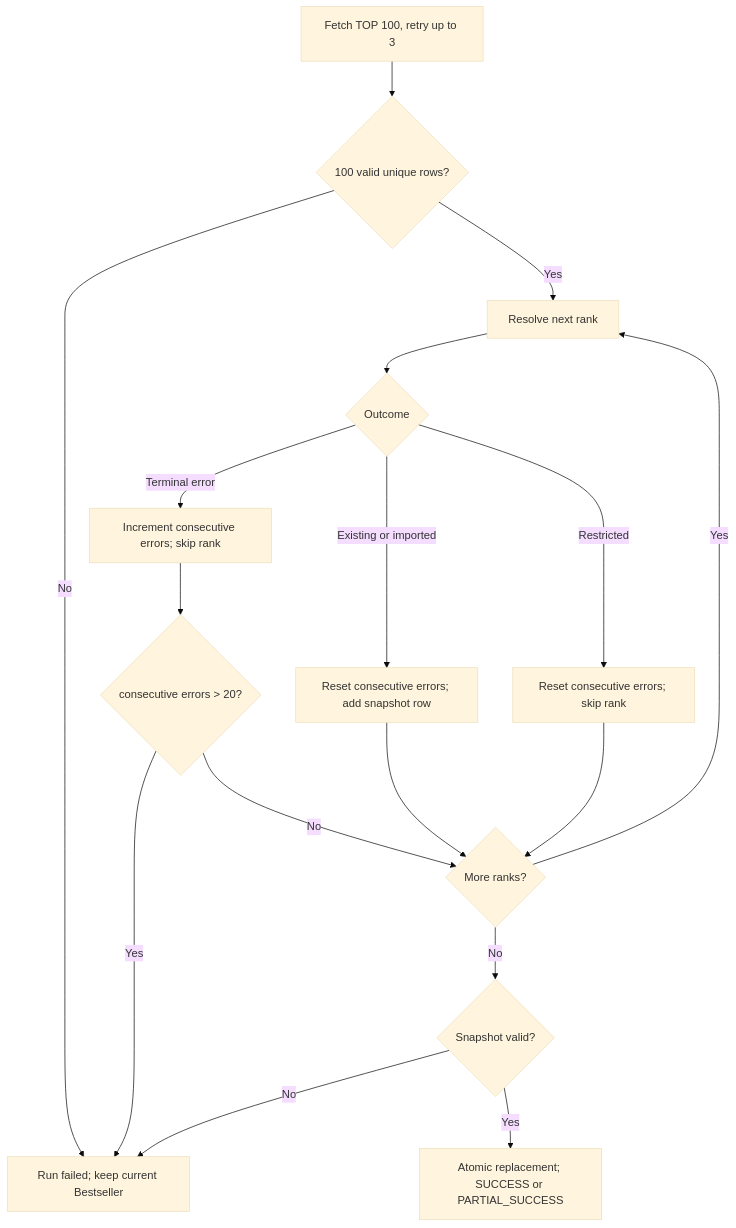
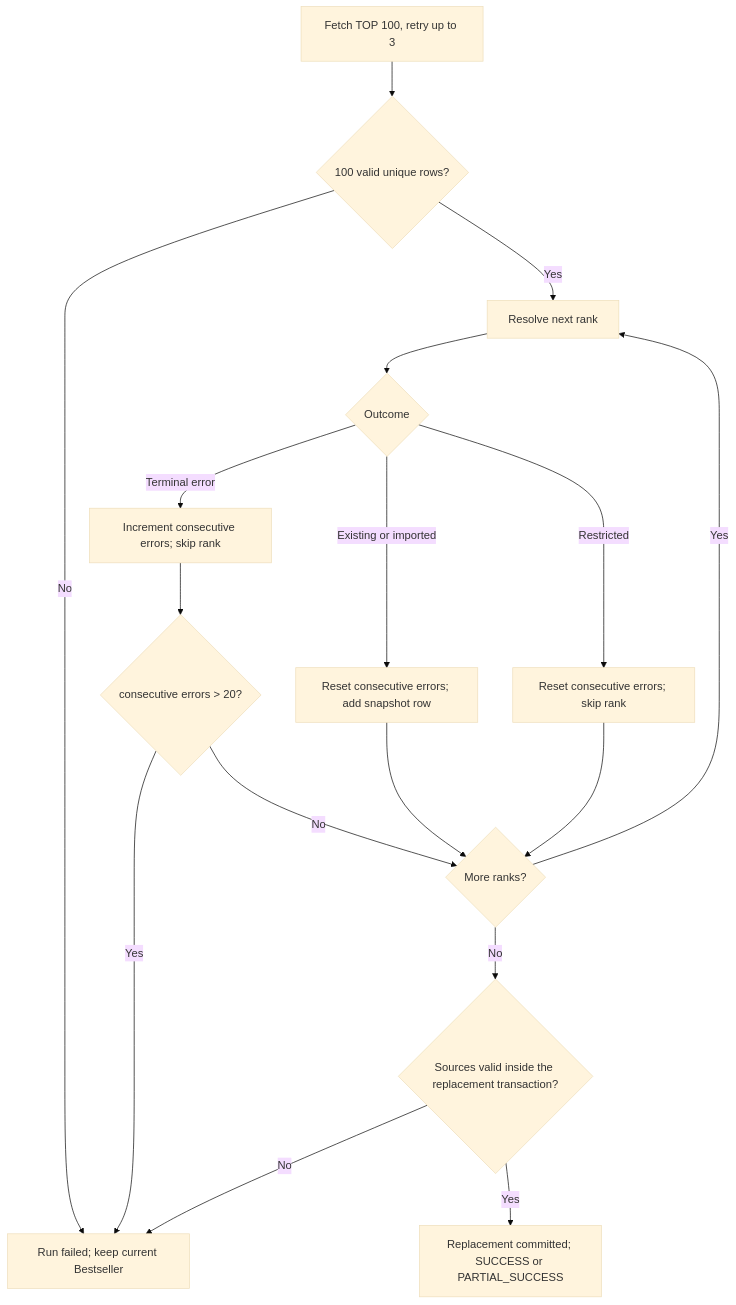
One commit to Arthur801/Book-Finder changed the diagram in Docs/modules/crawler.md. Above: the diagram before and after it, drawn with Mermaid (base theme). The commit also changed other lines of this file and 9 other files, not shown here.

First line of the commit message:
Validate the Bestseller snapshot inside its replacement transaction

````diff
--- a/Docs/modules/crawler.md
+++ b/Docs/modules/crawler.md
@@ -36,19 +36,19 @@
 ```mermaid
 flowchart TD
     A[Fetch TOP 100, retry up to 3] --> B{100 valid unique rows?}
     B -->|No| X[Run failed; keep current Bestseller]
     B -->|Yes| C[Resolve next rank]
     C --> D{Outcome}
     D -->|Existing or imported| E[Reset consecutive errors; add snapshot row]
     D -->|Restricted| F[Reset consecutive errors; skip rank]
     D -->|Terminal error| G[Increment consecutive errors; skip rank]
     G --> H{consecutive errors > 20?}
     H -->|Yes| X
     H -->|No| I{More ranks?}
     E --> I
     F --> I
     I -->|Yes| C
-    I -->|No| J{Snapshot valid?}
+    I -->|No| J{Sources valid inside the replacement transaction?}
     J -->|No| X
-    J -->|Yes| K[Atomic replacement; SUCCESS or PARTIAL_SUCCESS]
+    J -->|Yes| K[Replacement committed; SUCCESS or PARTIAL_SUCCESS]
 ```
````
